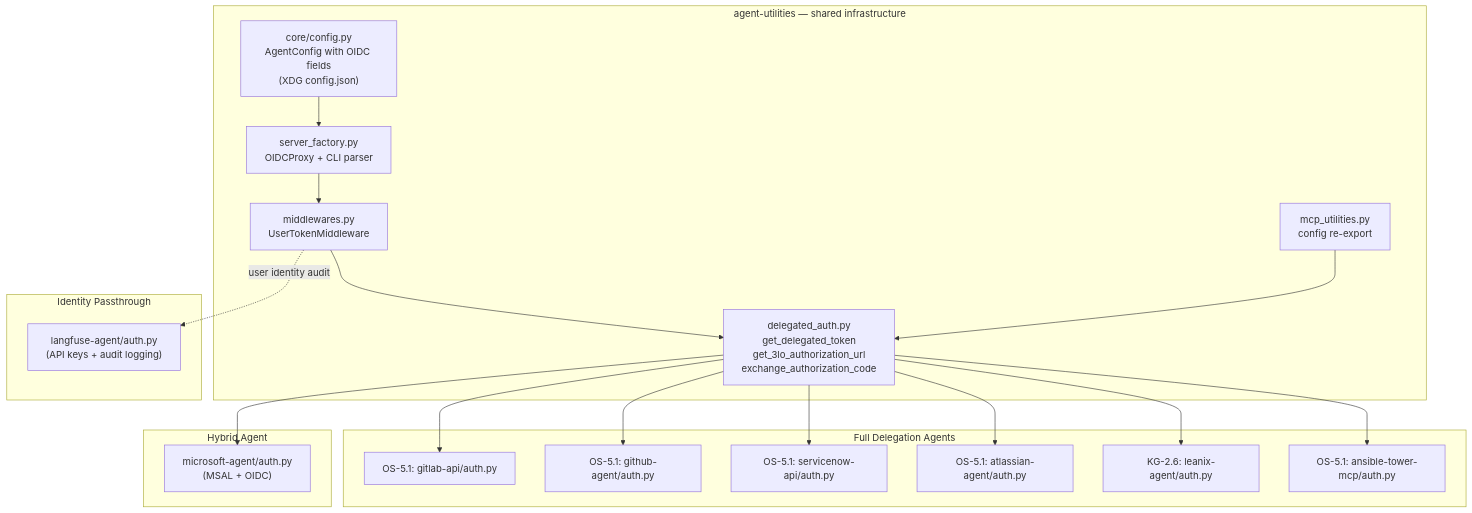
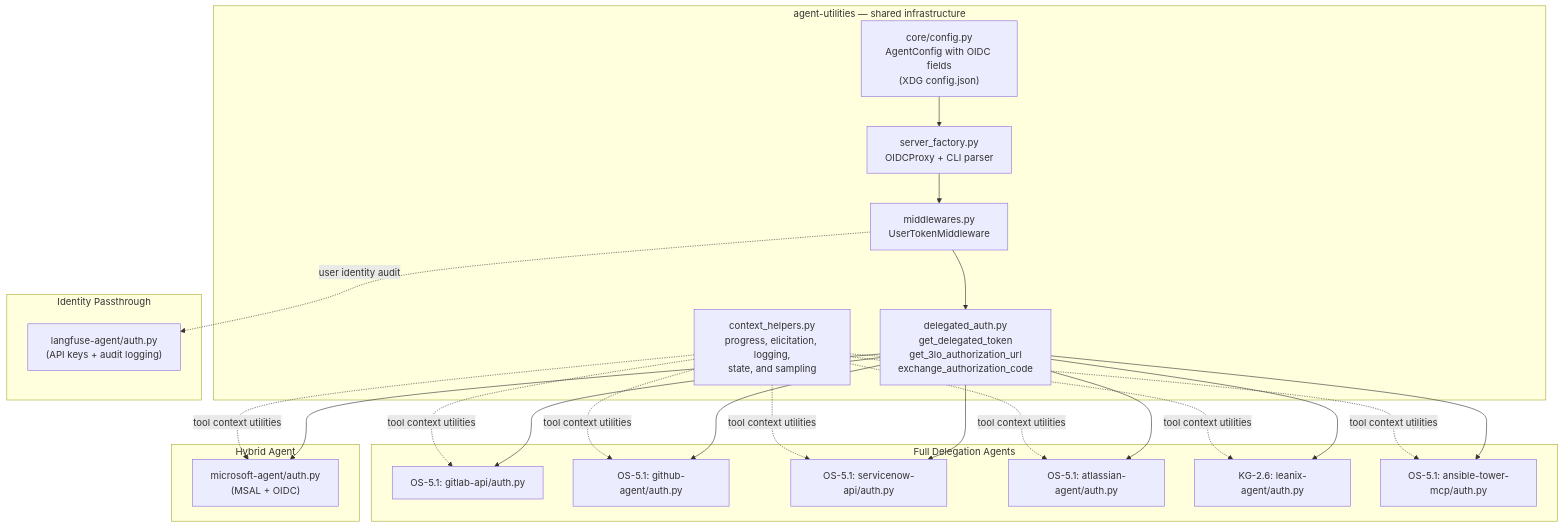
The second of 4 diagrams in docs/guides/oauth_sso.md (Knuckles-Team/agent-utilities), drawn with Mermaid before and after one commit. The commit also changed other lines of this file and 3818 other files, not shown here.

````diff
--- a/docs/guides/oauth_sso.md
+++ b/docs/guides/oauth_sso.md
@@ -56,35 +56,35 @@
 ```mermaid
 graph TB
     subgraph "agent-utilities — shared infrastructure"
         SF["server_factory.py<br/>OIDCProxy + CLI parser"]
         MW["middlewares.py<br/>UserTokenMiddleware"]
         DA["delegated_auth.py<br/>get_delegated_token<br/>get_3lo_authorization_url<br/>exchange_authorization_code"]
-        MU["mcp_utilities.py<br/>config re-export"]
+        CH["context_helpers.py<br/>progress, elicitation, logging,<br/>state, and sampling"]
         CFG["core/config.py<br/>AgentConfig with OIDC fields<br/>(XDG config.json)"]
     end
 
     subgraph "Full Delegation Agents"
         GL["OS-5.1: gitlab-api/auth.py"]
         GH["OS-5.1: github-agent/auth.py"]
         SN["OS-5.1: servicenow-api/auth.py"]
         AT["OS-5.1: atlassian-agent/auth.py"]
         LX["KG-2.6: leanix-agent/auth.py"]
         AN["OS-5.1: ansible-tower-mcp/auth.py"]
     end
 
     subgraph "Hybrid Agent"
         MS["microsoft-agent/auth.py<br/>(MSAL + OIDC)"]
     end
 
     subgraph "Identity Passthrough"
         LF["langfuse-agent/auth.py<br/>(API keys + audit logging)"]
     end
 
     CFG --> SF
     SF --> MW
     MW --> DA
-    MU --> DA
+    CH -.->|"tool context utilities"| GL & GH & SN & AT & LX & AN & MS
 
     DA --> GL & GH & SN & AT & LX & AN & MS
     MW -.->|"user identity audit"| LF
 ```
````
